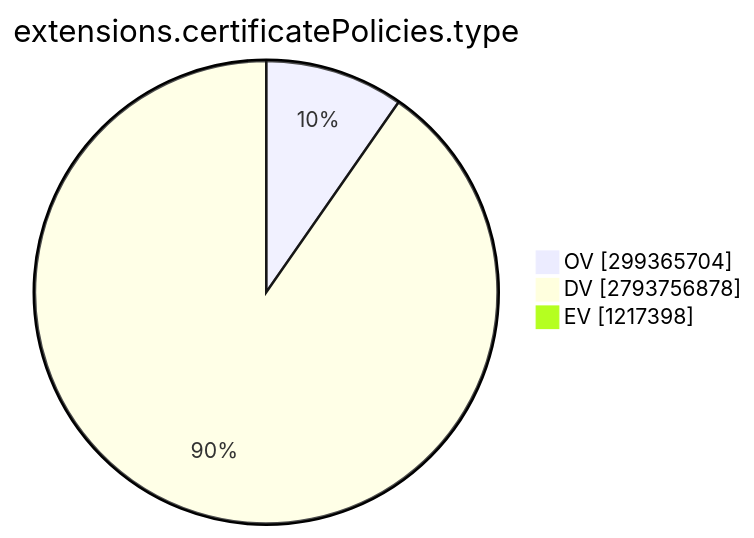
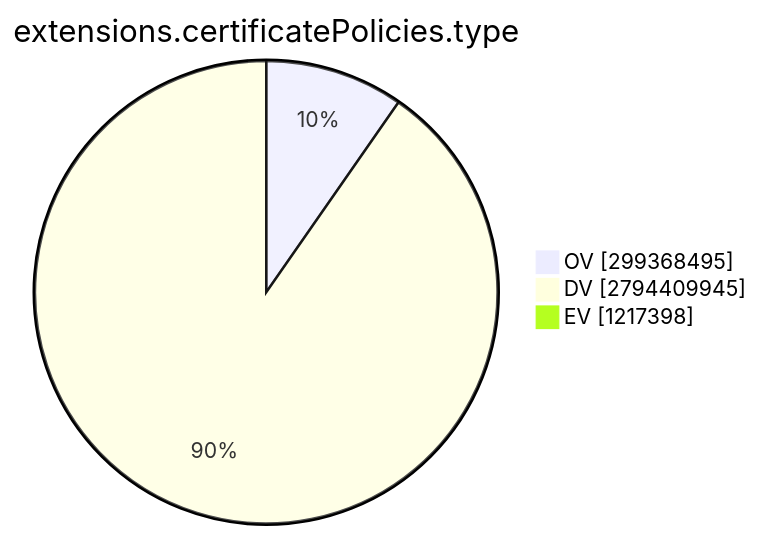
One commit to christiankrug/ctmonitor_visualization changed the ninth of 15 diagrams in TOTAL/README.md. Above: the diagram before and after it, drawn with Mermaid. The commit also changed other lines of this file, not shown here.

````diff
--- a/TOTAL/README.md
+++ b/TOTAL/README.md
@@ -3101,7 +3101,7 @@
 ```mermaid
 pie showData
 title extensions.certificatePolicies.type
-"OV" :299365704
-"DV" :2793756878
+"OV" :299368495
+"DV" :2794409945
 "EV" :1217398
 ```
````
